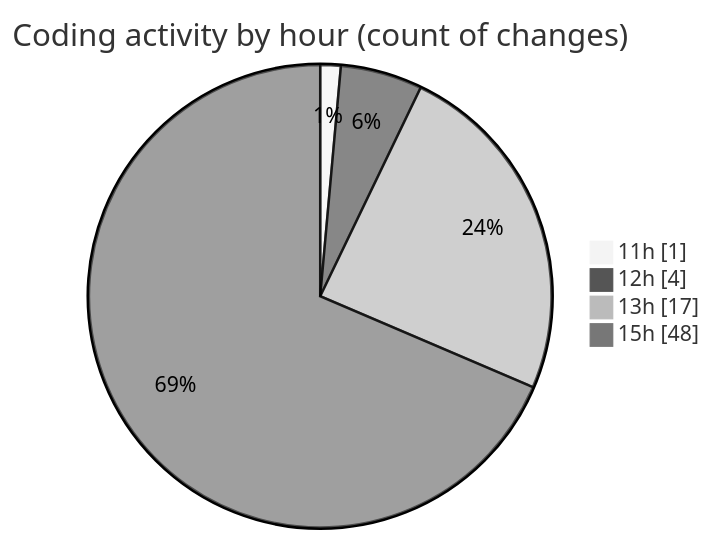
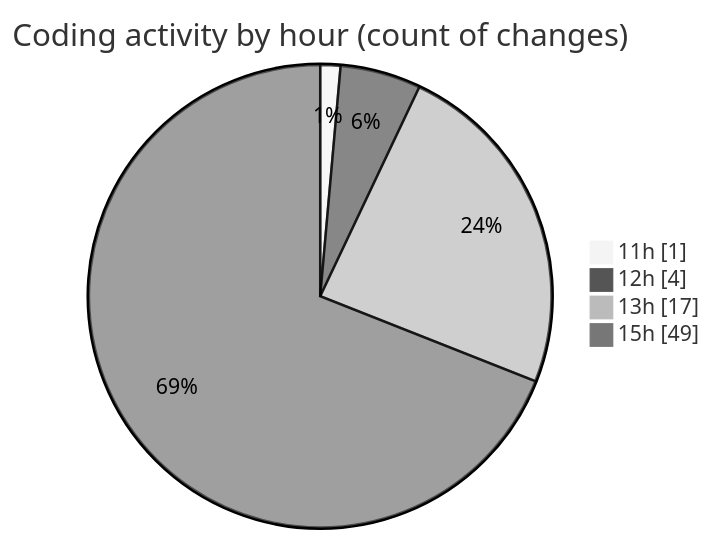
Before and after one commit to nxtqubesakshisongat/code-tracking: the second of 2 diagrams in 2025-09-28/nxtqube_webapp/README.md, drawn with Mermaid (neutral theme). The commit also changed other lines of this file and 1 other file, not shown here.

````diff
--- a/2025-09-28/nxtqube_webapp/README.md
+++ b/2025-09-28/nxtqube_webapp/README.md
@@ -32,8 +32,8 @@
 ```mermaid
 pie showData
 title Coding activity by hour (count of changes)
 "11h" : 1
 "12h" : 4
 "13h" : 17
-"15h" : 48
+"15h" : 49
 ```
````
